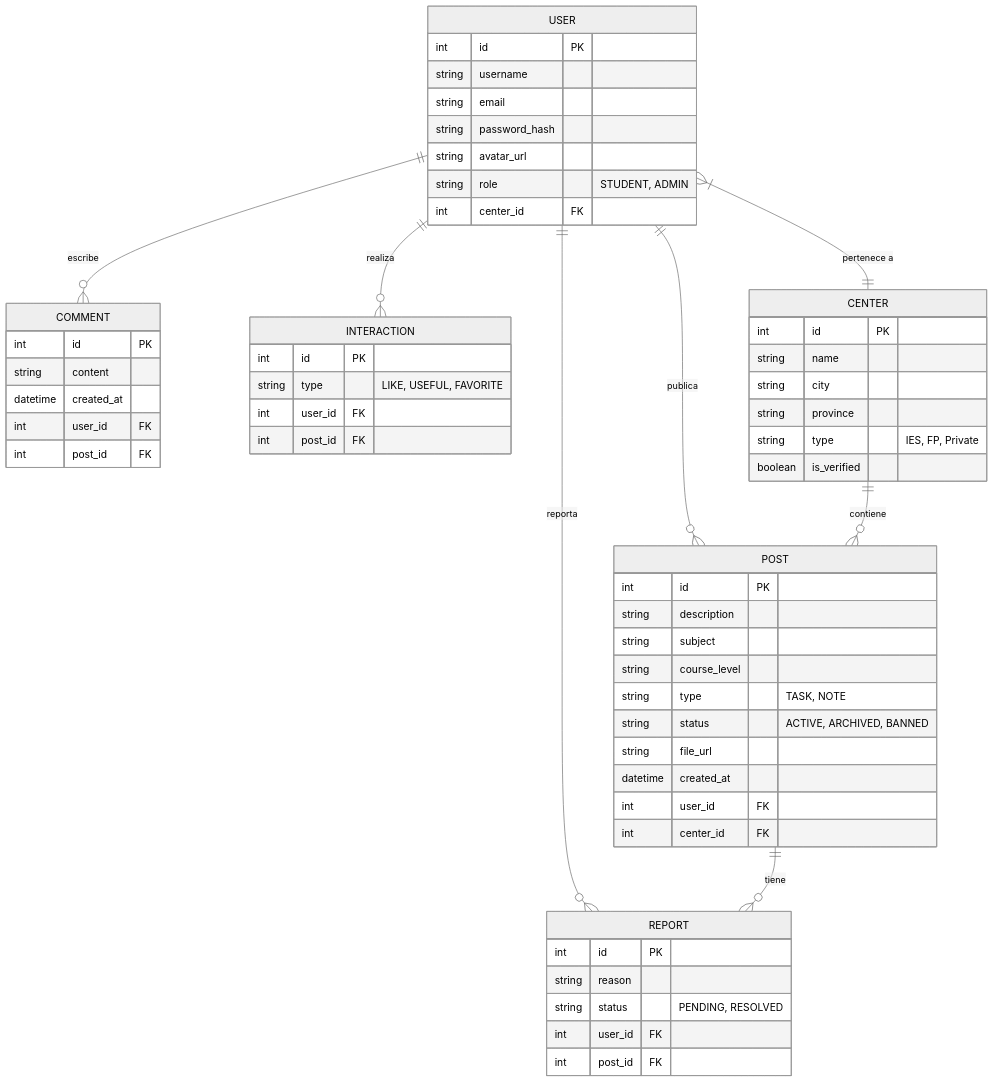
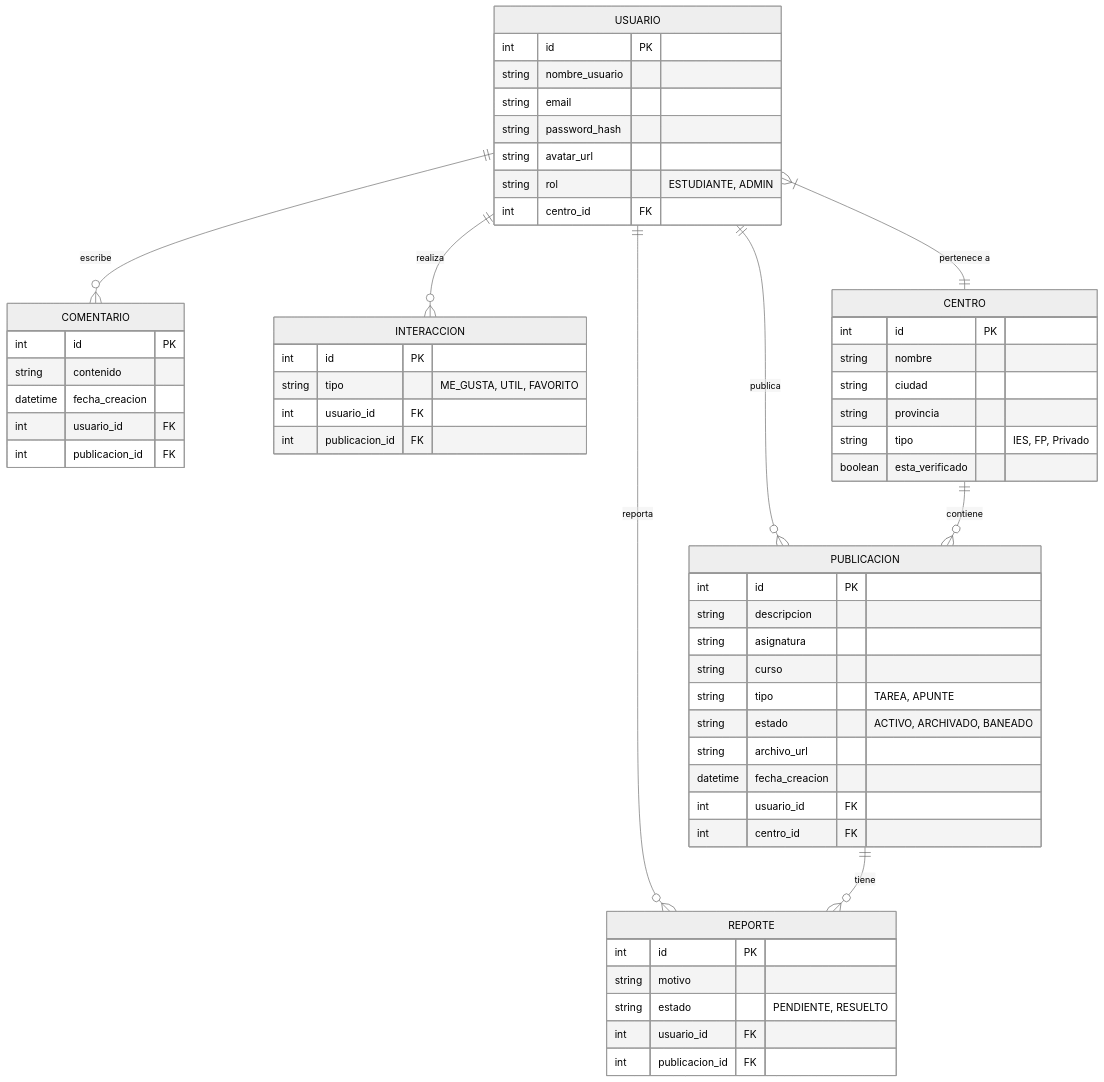
One commit to Antoniomba23/PROYECTO-FINAL-ANDROID-SEGUNDO-DAM changed the diagram in README.md. Above: the diagram before and after it, drawn with Mermaid (neutral theme). The commit also changed other lines of this file and 1 other file, not shown here.

Commit message:
Justificar obtencion de imagenes

````diff
--- a/README.md
+++ b/README.md
@@ -39,65 +82,65 @@
 ```mermaid
 erDiagram
-    USER ||--o{ POST : "publica"
-    USER ||--o{ COMMENT : "escribe"
-    USER ||--o{ INTERACTION : "realiza"
-    USER }|--|| CENTER : "pertenece a"
-    CENTER ||--o{ POST : "contiene"
-    USER ||--o{ REPORT : "reporta"
-    POST ||--o{ REPORT : "tiene"
+    USUARIO ||--o{ PUBLICACION : "publica"
+    USUARIO ||--o{ COMENTARIO : "escribe"
+    USUARIO ||--o{ INTERACCION : "realiza"
+    USUARIO }|--|| CENTRO : "pertenece a"
+    CENTRO ||--o{ PUBLICACION : "contiene"
+    USUARIO ||--o{ REPORTE : "reporta"
+    PUBLICACION ||--o{ REPORTE : "tiene"
 
-    USER {
+    USUARIO {
         int id PK
-        string username
+        string nombre_usuario
         string email
         string password_hash
         string avatar_url
-        string role "STUDENT, ADMIN"
-        int center_id FK
+        string rol "ESTUDIANTE, ADMIN"
+        int centro_id FK
     }
 
-    CENTER {
+    CENTRO {
         int id PK
-        string name
-        string city
-        string province
-        string type "IES, FP, Private"
-        boolean is_verified
+        string nombre
+        string ciudad
+        string provincia
+        string tipo "IES, FP, Privado"
+        boolean esta_verificado
     }
 
-    POST {
+    PUBLICACION {
         int id PK
-        string description
-        string subject
-        string course_level
-        string type "TASK, NOTE"
-        string status "ACTIVE, ARCHIVED, BANNED"
-        string file_url
-        datetime created_at
-        int user_id FK
-        int center_id FK
+        string descripcion
+        string asignatura
+        string curso
+        string tipo "TAREA, APUNTE"
+        string estado "ACTIVO, ARCHIVADO, BANEADO"
+        string archivo_url
+        datetime fecha_creacion
+        int usuario_id FK
+        int centro_id FK
     }
 
-    COMMENT {
+    COMENTARIO {
         int id PK
-        string content
-        datetime created_at
-        int user_id FK
-        int post_id FK
+        string contenido
+        datetime fecha_creacion
+        int usuario_id FK
+        int publicacion_id FK
     }
 
-    INTERACTION {
+    INTERACCION {
         int id PK
-        string type "LIKE, USEFUL, FAVORITE"
-        int user_id FK
-        int post_id FK
+        string tipo "ME_GUSTA, UTIL, FAVORITO"
+        int usuario_id FK
+        int publicacion_id FK
     }
 
-    REPORT {
+    REPORTE {
         int id PK
-        string reason
-        string status "PENDING, RESOLVED"
-        int user_id FK
-        int post_id FK
+        string motivo
+        string estado "PENDIENTE, RESUELTO"
+        int usuario_id FK
+        int publicacion_id FK
     }
 ```
````
